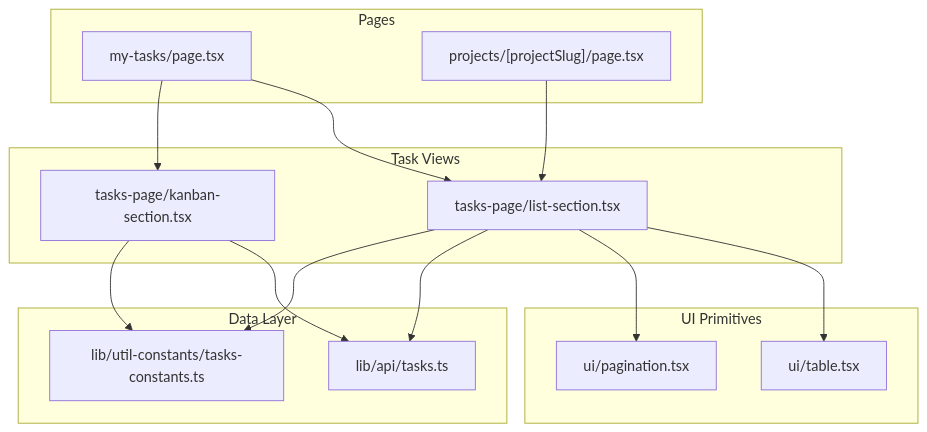
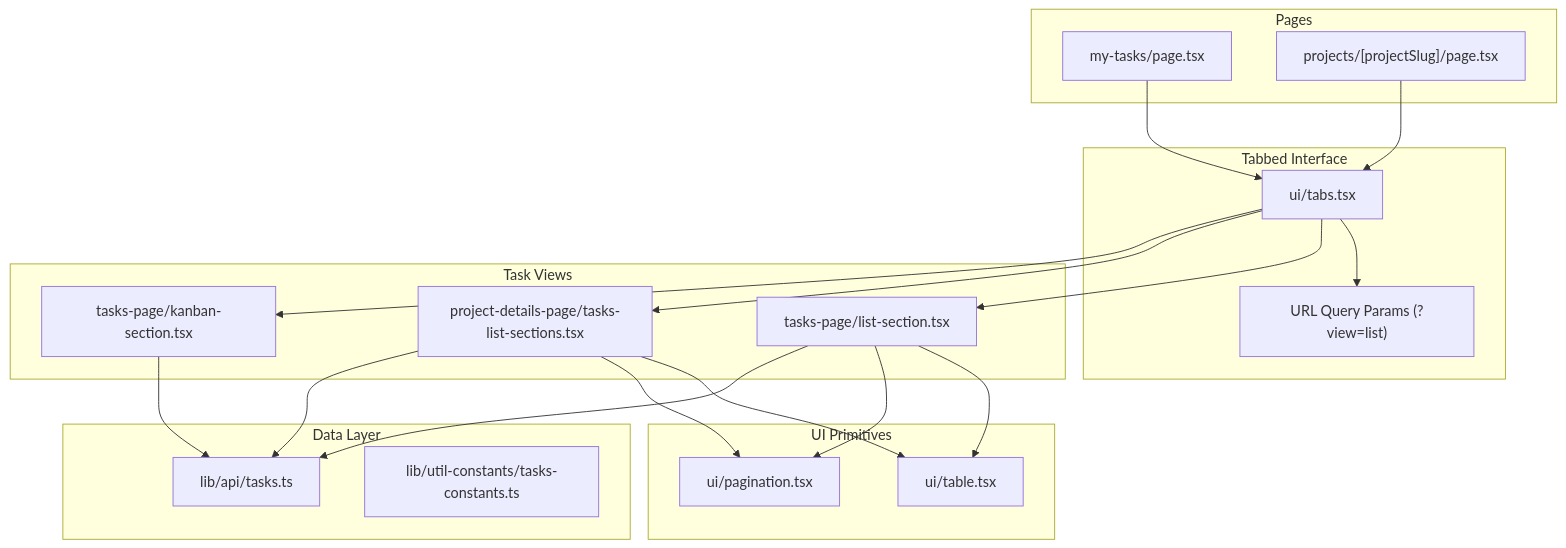
The first of 8 diagrams in .qoder/repowiki/en/content/Task Management Feature/Task Views and Display.md (jejejesus/TaskFlow), drawn with Mermaid before and after one commit. The commit also changed other lines of this file and 21 other files, not shown here.

````diff
--- a/.qoder/repowiki/en/content/Task Management Feature/Task Views and Display.md
+++ b/.qoder/repowiki/en/content/Task Management Feature/Task Views and Display.md
@@ -36,28 +51,37 @@
 ```mermaid
 graph TB
 subgraph "Pages"
 MyTasks["my-tasks/page.tsx"]
 ProjectDetails["projects/[projectSlug]/page.tsx"]
 end
+subgraph "Tabbed Interface"
+TabsUI["ui/tabs.tsx"]
+ViewState["URL Query Params (?view=list)"]
+end
 subgraph "Task Views"
 ListSection["tasks-page/list-section.tsx"]
+ProjectList["project-details-page/tasks-list-sections.tsx"]
 KanbanSection["tasks-page/kanban-section.tsx"]
 end
 subgraph "UI Primitives"
 TableUI["ui/table.tsx"]
 PaginationUI["ui/pagination.tsx"]
 end
 subgraph "Data Layer"
 TasksAPI["lib/api/tasks.ts"]
 Constants["lib/util-constants/tasks-constants.ts"]
 end
-MyTasks --> ListSection
-MyTasks --> KanbanSection
-ProjectDetails --> ListSection
+MyTasks --> TabsUI
+ProjectDetails --> TabsUI
+TabsUI --> ViewState
+TabsUI --> ListSection
+TabsUI --> ProjectList
+TabsUI --> KanbanSection
 ListSection --> TableUI
 ListSection --> PaginationUI
+ProjectList --> TableUI
+ProjectList --> PaginationUI
 ListSection --> TasksAPI
-ListSection --> Constants
+ProjectList --> TasksAPI
 KanbanSection --> TasksAPI
-KanbanSection --> Constants
 ```
````
